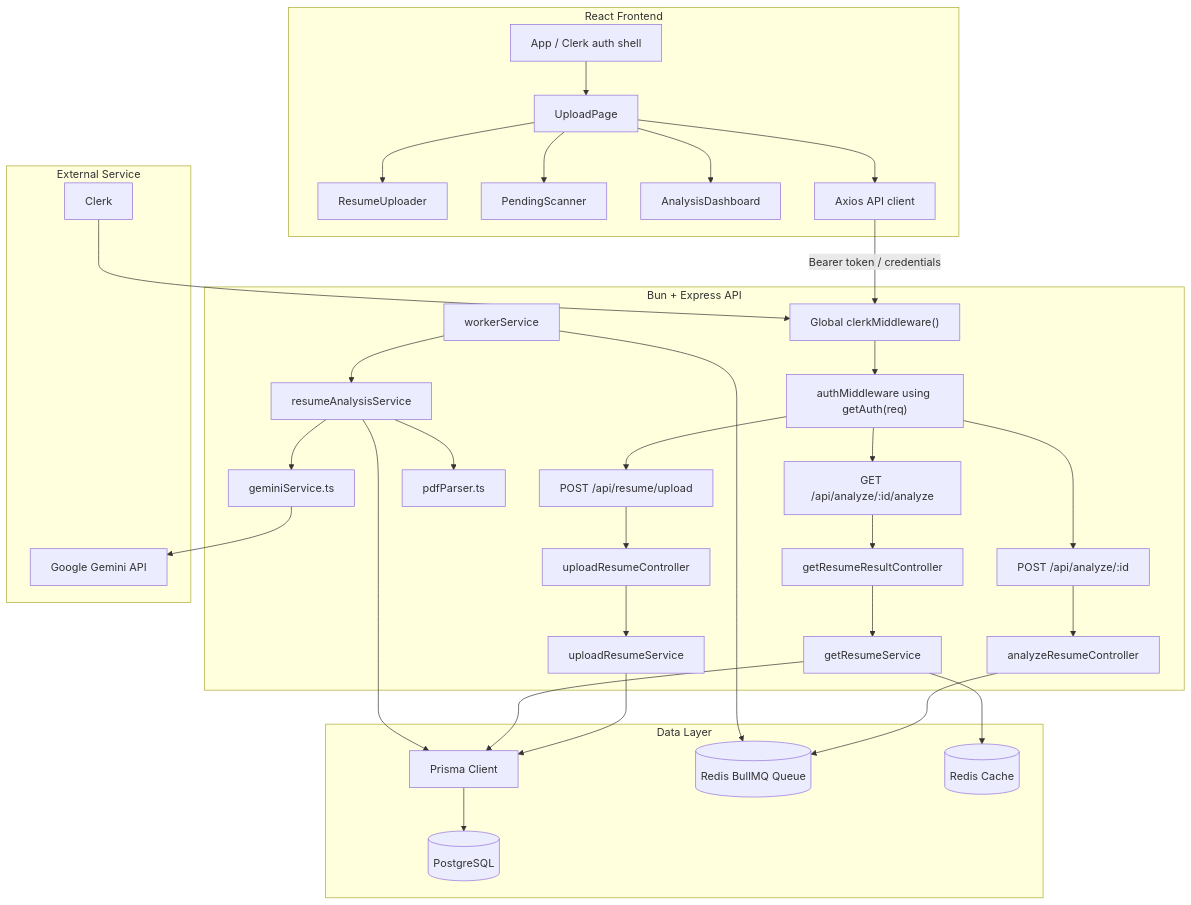
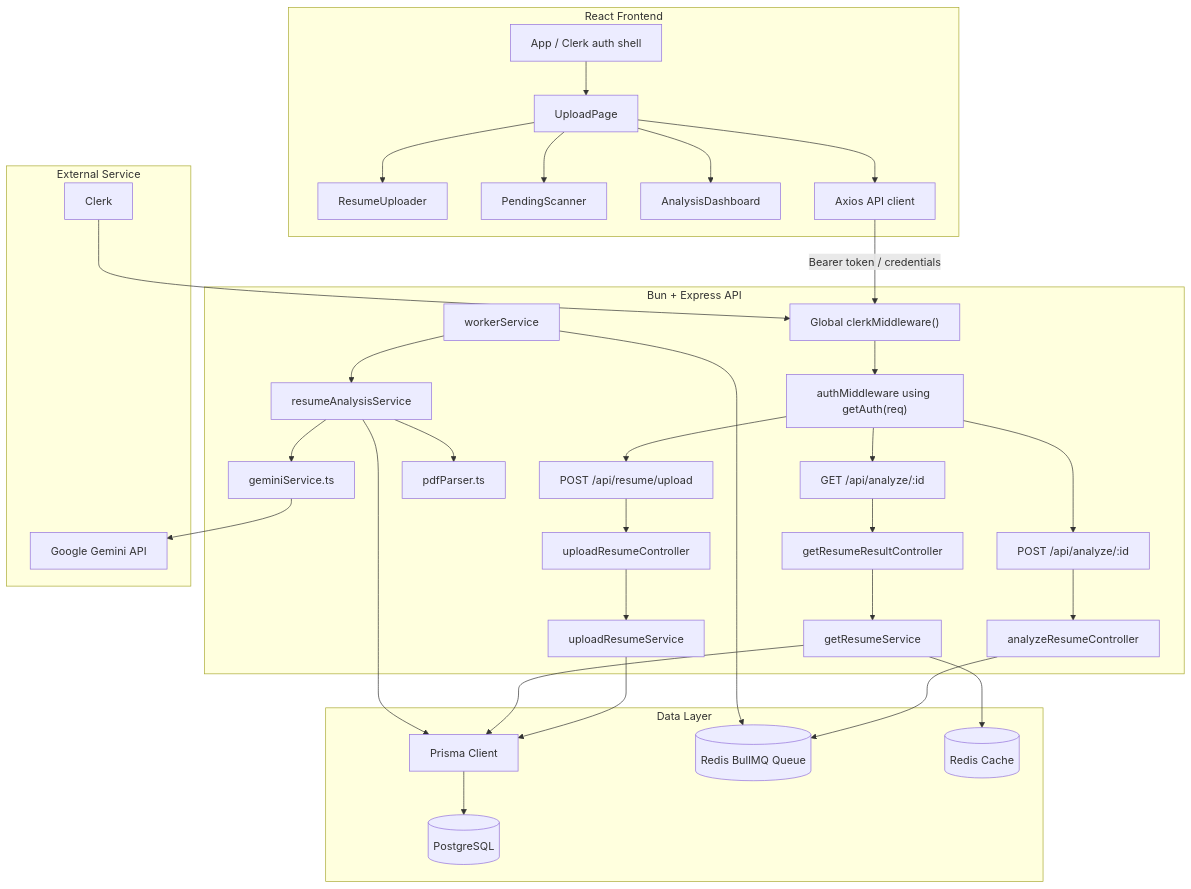
The diagram in README.md (subhamoydatta703/Resumark), drawn with Mermaid before and after one commit. The commit also changed other lines of this file and 9 other files, not shown here.

````diff
--- a/README.md
+++ b/README.md
@@ -16,72 +16,72 @@
 ```mermaid
 graph TD
     subgraph Frontend["React Frontend"]
         App["App / Clerk auth shell"]
         UploadPage["UploadPage"]
         Uploader["ResumeUploader"]
         Scanner["PendingScanner"]
         Dashboard["AnalysisDashboard"]
         Api["Axios API client"]
 
         App --> UploadPage
         UploadPage --> Uploader
         UploadPage --> Scanner
         UploadPage --> Dashboard
         UploadPage --> Api
     end
 
     subgraph Backend["Bun + Express API"]
         GlobalAuth["Global clerkMiddleware()"]
         Auth["authMiddleware using getAuth(req)"]
         UploadRoute["POST /api/resume/upload"]
         AnalyzeRoute["POST /api/analyze/:id"]
-        ResultRoute["GET /api/analyze/:id/analyze"]
+        ResultRoute["GET /api/analyze/:id"]
         UploadCtrl["uploadResumeController"]
         AnalyzeCtrl["analyzeResumeController"]
         ResultCtrl["getResumeResultController"]
         UploadSvc["uploadResumeService"]
         AnalyzeSvc["resumeAnalysisService"]
         GetSvc["getResumeService"]
         Worker["workerService"]
         Parser["pdfParser.ts"]
         Gemini["geminiService.ts"]
     end
 
     subgraph Data["Data Layer"]
         Prisma["Prisma Client"]
         Postgres[("PostgreSQL")]
         RedisQueue[("Redis BullMQ Queue")]
         RedisCache[("Redis Cache")]
     end
 
     subgraph External["External Service"]
         Clerk["Clerk"]
         GeminiAPI["Google Gemini API"]
     end
 
     Api -->|"Bearer token / credentials"| GlobalAuth
     GlobalAuth --> Auth
     Auth --> UploadRoute
     Auth --> AnalyzeRoute
     Auth --> ResultRoute
 
     UploadRoute --> UploadCtrl
     AnalyzeRoute --> AnalyzeCtrl
     ResultRoute --> ResultCtrl
 
     UploadCtrl --> UploadSvc
     AnalyzeCtrl --> RedisQueue
     ResultCtrl --> GetSvc
 
     UploadSvc --> Prisma
     GetSvc --> RedisCache
     GetSvc --> Prisma
     AnalyzeSvc --> Prisma
     Worker --> RedisQueue
     Worker --> AnalyzeSvc
     AnalyzeSvc --> Parser
     AnalyzeSvc --> Gemini
     Gemini --> GeminiAPI
     Prisma --> Postgres
     Clerk --> GlobalAuth
 ```
````
